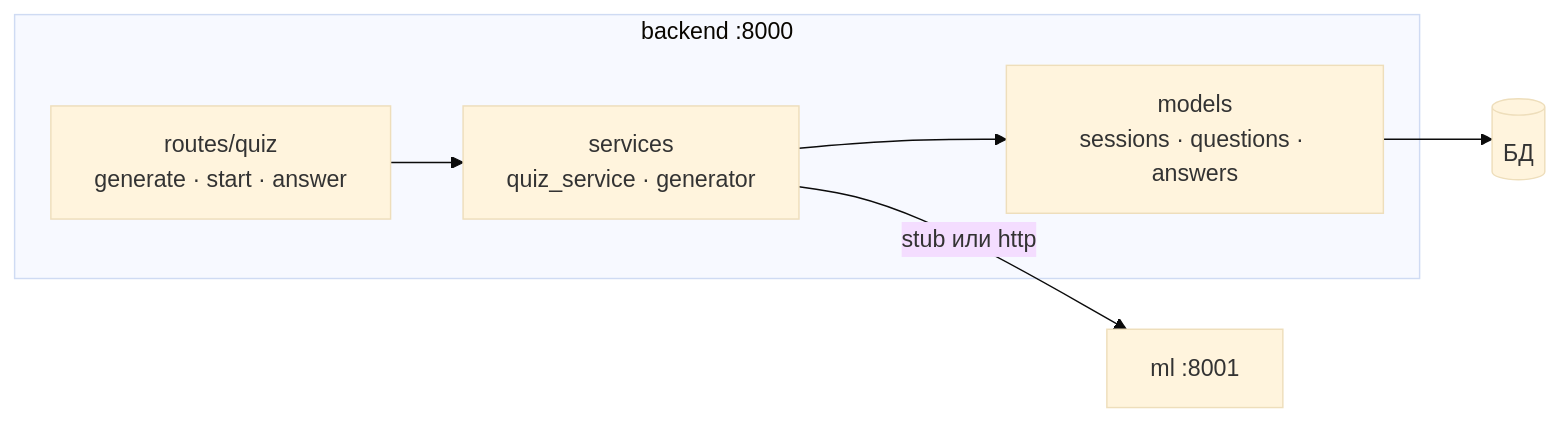
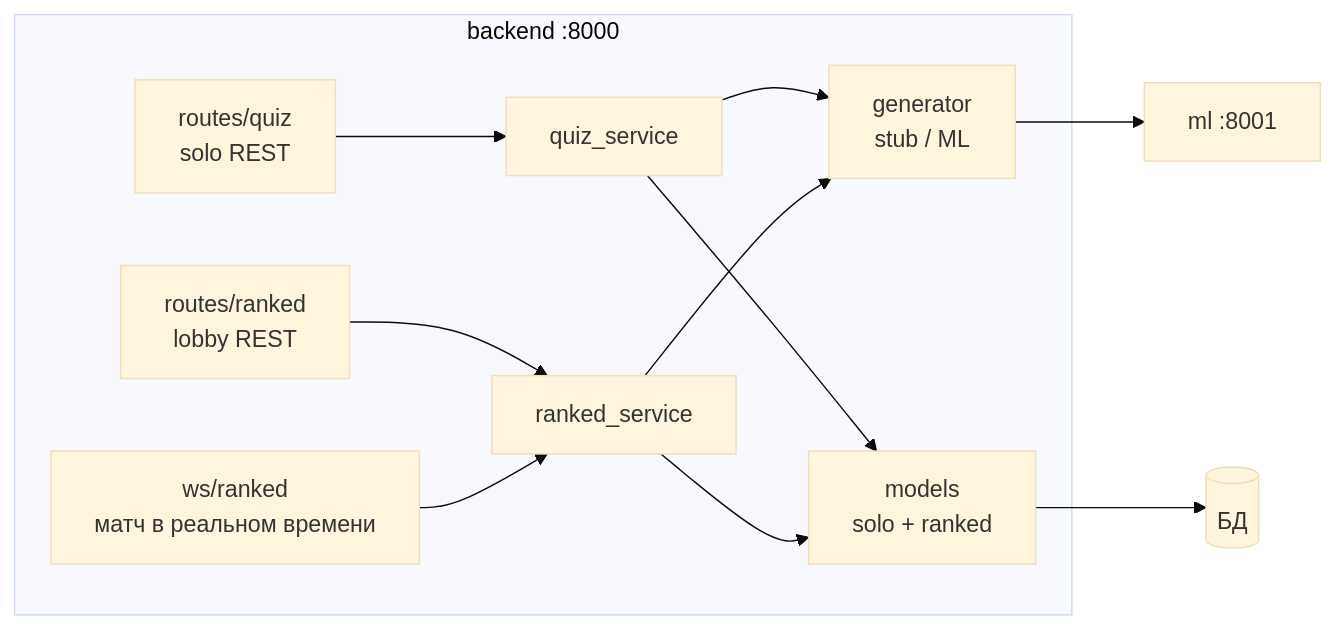
Before and after one commit to infinite-quiz/backend: the second of 5 diagrams in docs/architecture.md, drawn with Mermaid (base theme). The commit also changed other lines of this file and 3 other files, not shown here.

Commit message:
Update docs for solo REST and ranked WebSocket

````diff
--- a/docs/architecture.md
+++ b/docs/architecture.md
@@ -26,12 +34,22 @@
 ```mermaid
 flowchart LR
   subgraph Backend["backend :8000"]
-    R["routes/quiz<br/>generate · start · answer"]
-    S["services<br/>quiz_service · generator"]
-    M["models<br/>sessions · questions · answers"]
+    RQ["routes/quiz<br/>solo REST"]
+    RR["routes/ranked<br/>lobby REST"]
+    WS["ws/ranked<br/>матч в реальном времени"]
+    SQ["quiz_service"]
+    SR["ranked_service"]
+    GEN["generator<br/>stub / ML"]
+    M["models<br/>solo + ranked"]
   end
 
-  R --> S --> M
+  RQ --> SQ
+  RR --> SR
+  WS --> SR
+  SQ --> GEN
+  SR --> GEN
+  SQ --> M
+  SR --> M
   M --> DB[(БД)]
-  S -->|stub или http| ML["ml :8001"]
+  GEN --> ML["ml :8001"]
 ```
````
